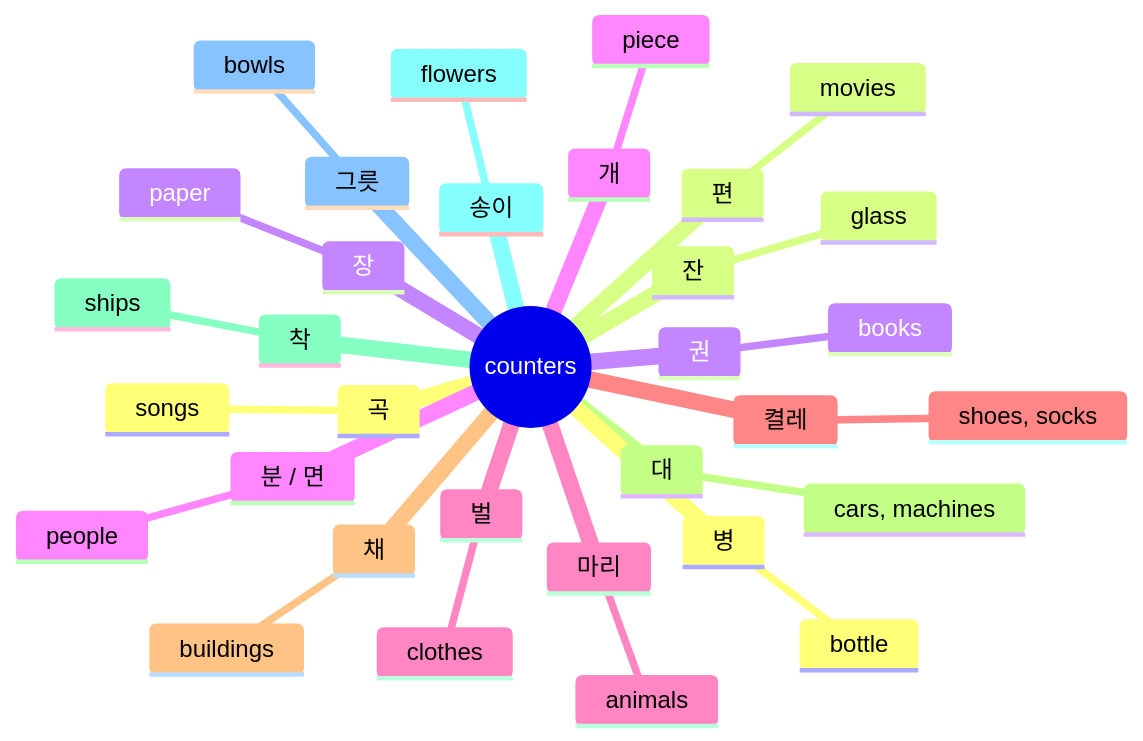
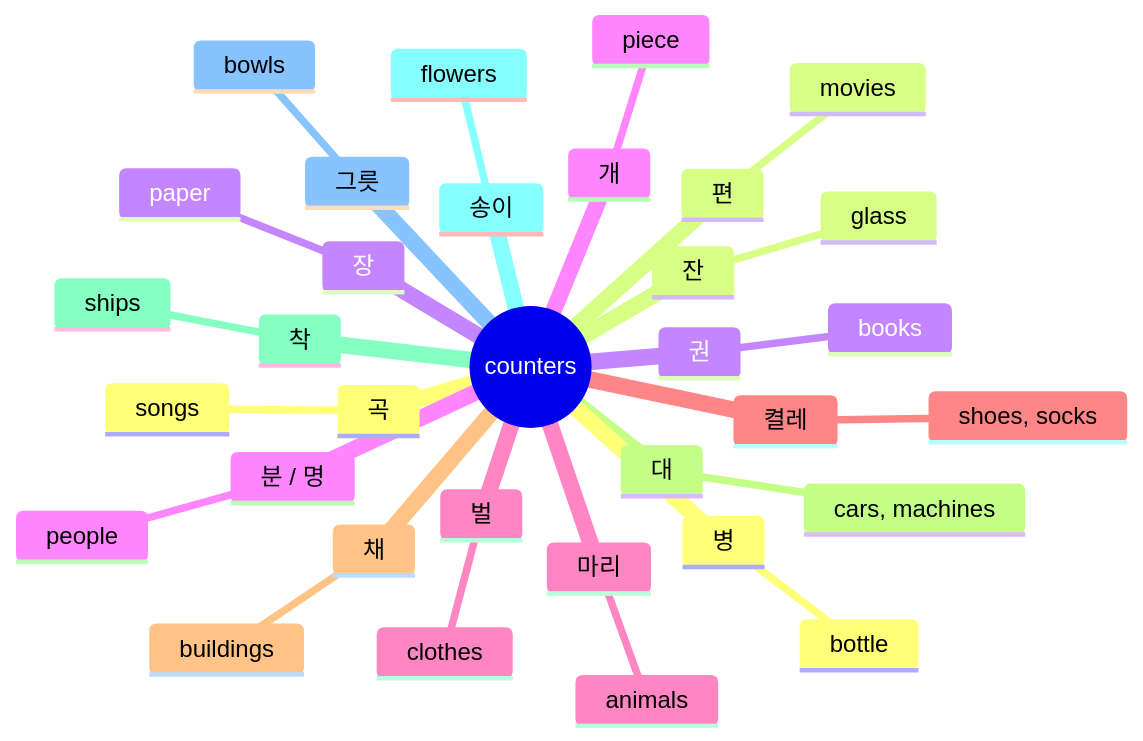
The diagram in _posts/2022-12-03-measure.md (MiaHub/Korean), drawn with Mermaid before and after one commit. The commit also changed other lines of this file and 1 other file, not shown here.

```diff
--- a/_posts/2022-12-03-measure.md
+++ b/_posts/2022-12-03-measure.md
@@ -6,36 +6,36 @@
 <pre class="mermaid">
 mindmap
   root((counters))
     곡
       songs
     편
       movies
     권  
       books
     개  
       piece  
     벌
       clothes
     켤레
       shoes, socks  
     채
       buildings
     대
       cars, machines
     착
       ships
     송이
       flowers
     그릇
       bowls
     병  
       bottle
     잔  
       glass 
     장  
       paper
-    분 / 면
+    분 / 명
       people
     마리
       animals    
 </pre>
```
